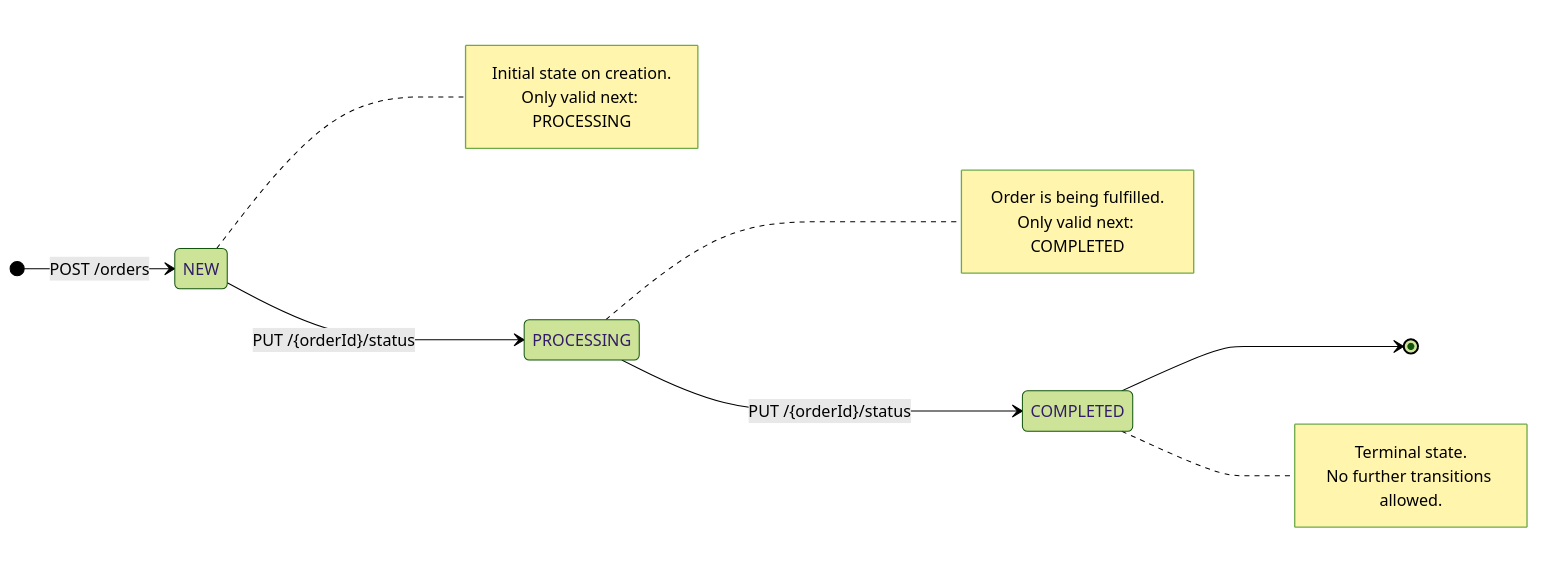
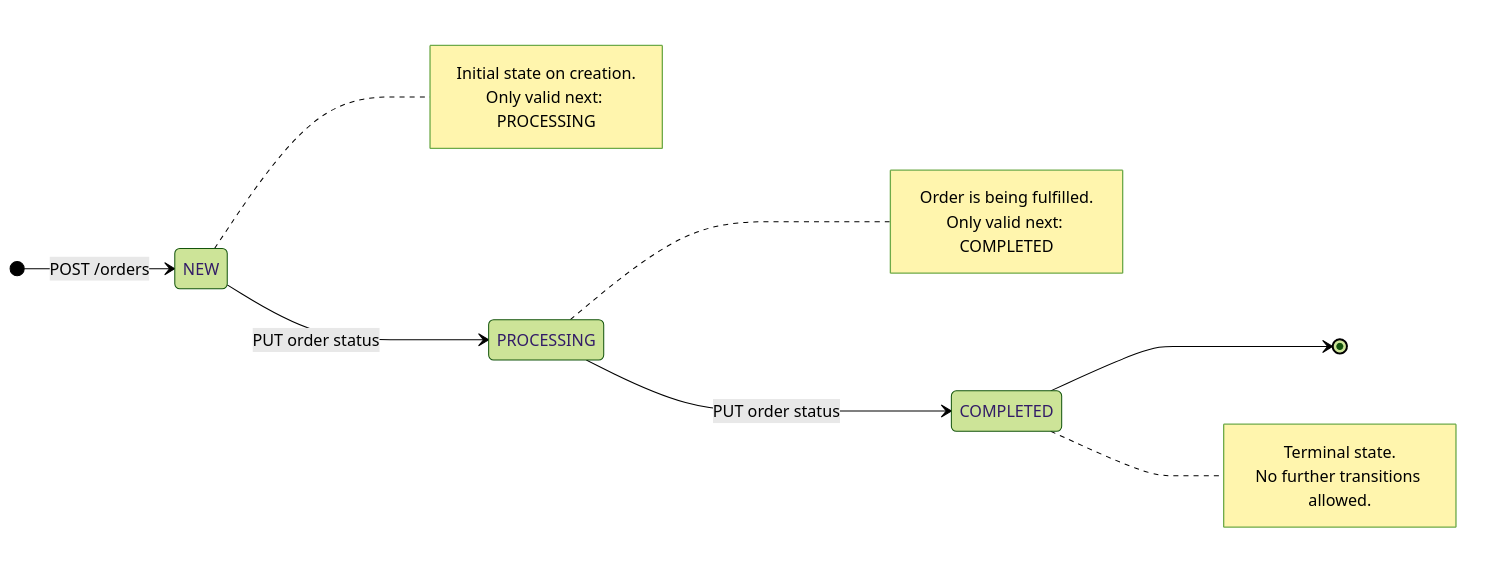
One commit to saifaofficial21/Reflection changed the first of 5 diagrams in Order_management_service/README.md. Above: the diagram before and after it, drawn with Mermaid (forest theme). The commit also changed other lines of this file, not shown here.

Commit message:
docs: simplify Mermaid for GitHub (avoid braces, at-sign, autonumber)

````diff
--- a/Order_management_service/README.md
+++ b/Order_management_service/README.md
@@ -313,23 +313,23 @@
 ```mermaid
 stateDiagram-v2
     direction LR
     [*] --> NEW : POST /orders
-    NEW --> PROCESSING : PUT /{orderId}/status
-    PROCESSING --> COMPLETED : PUT /{orderId}/status
+    NEW --> PROCESSING : PUT order status
+    PROCESSING --> COMPLETED : PUT order status
     COMPLETED --> [*]
 
     note right of NEW
         Initial state on creation.
         Only valid next: PROCESSING
     end note
 
     note right of PROCESSING
         Order is being fulfilled.
         Only valid next: COMPLETED
     end note
 
     note right of COMPLETED
         Terminal state.
         No further transitions allowed.
     end note
 ```
````
